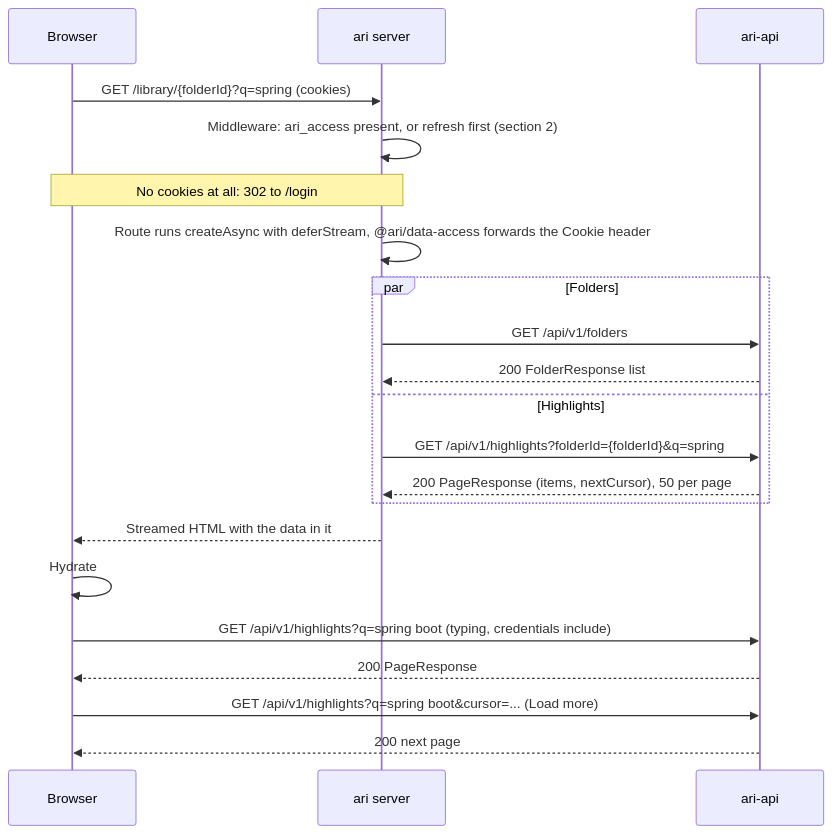
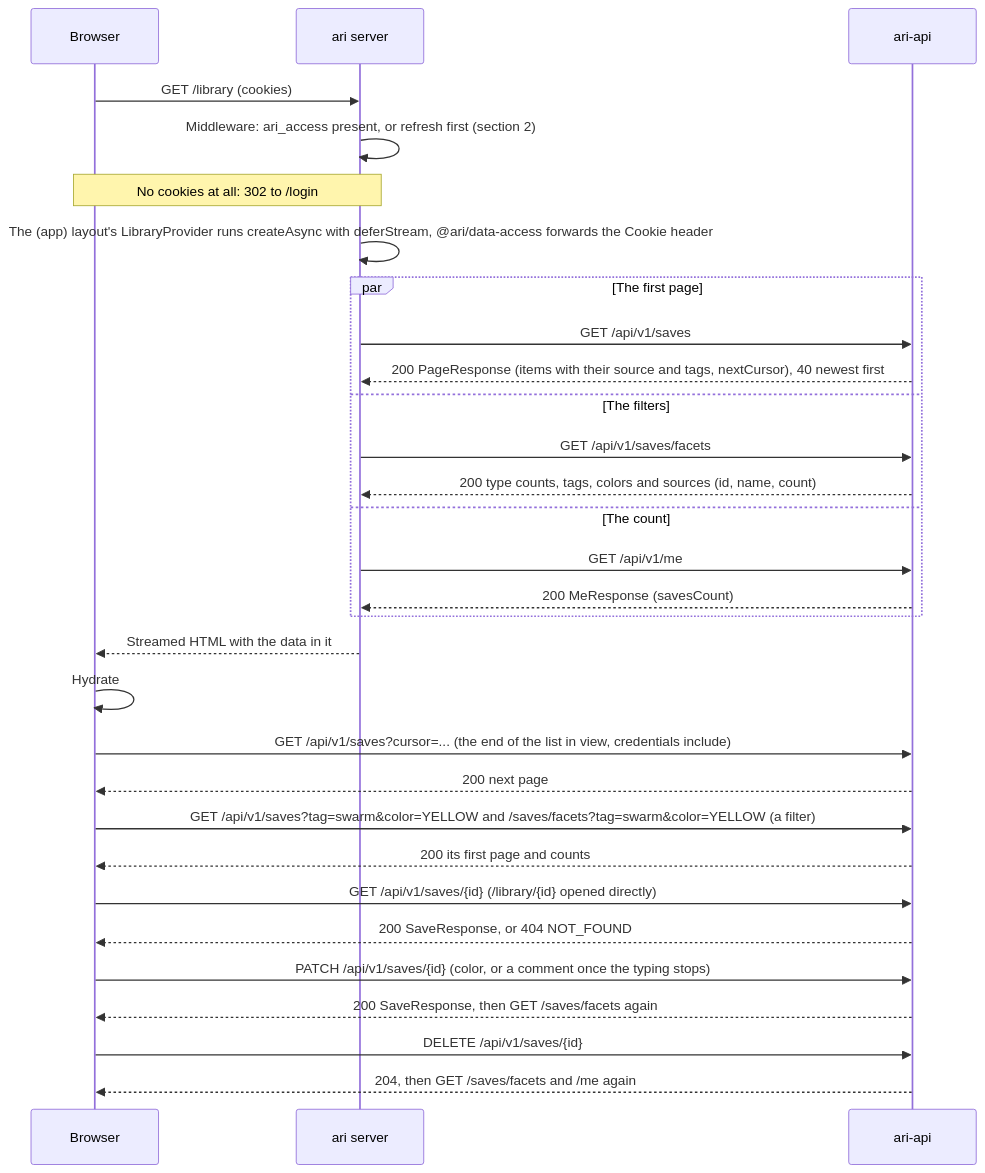
Before and after one commit to salimsalimzade/ari: the fourth of 11 diagrams in docs/sequences.md, drawn with Mermaid. The commit also changed other lines of this file and 85 other files, not shown here.

Commit message:
feature(library): implement api integration

````diff
--- a/docs/sequences.md
+++ b/docs/sequences.md
@@ -83,23 +84,32 @@
 ```mermaid
 sequenceDiagram
   participant B as Browser
   participant W as ari server
   participant A as ari-api
-  B->>W: GET /library/{folderId}?q=spring (cookies)
+  B->>W: GET /library (cookies)
   W->>W: Middleware: ari_access present, or refresh first (section 2)
   Note over B,W: No cookies at all: 302 to /login
-  W->>W: Route runs createAsync with deferStream, @ari/data-access forwards the Cookie header
-  par Folders
-    W->>A: GET /api/v1/folders
-    A-->>W: 200 FolderResponse list
-  and Highlights
-    W->>A: GET /api/v1/highlights?folderId={folderId}&q=spring
-    A-->>W: 200 PageResponse (items, nextCursor), 50 per page
+  W->>W: The (app) layout's LibraryProvider runs createAsync with deferStream, @ari/data-access forwards the Cookie header
+  par The first page
+    W->>A: GET /api/v1/saves
+    A-->>W: 200 PageResponse (items with their source and tags, nextCursor), 40 newest first
+  and The filters
+    W->>A: GET /api/v1/saves/facets
+    A-->>W: 200 type counts, tags, colors and sources (id, name, count)
+  and The count
+    W->>A: GET /api/v1/me
+    A-->>W: 200 MeResponse (savesCount)
   end
   W-->>B: Streamed HTML with the data in it
   B->>B: Hydrate
-  B->>A: GET /api/v1/highlights?q=spring boot (typing, credentials include)
-  A-->>B: 200 PageResponse
-  B->>A: GET /api/v1/highlights?q=spring boot&cursor=... (Load more)
+  B->>A: GET /api/v1/saves?cursor=... (the end of the list in view, credentials include)
   A-->>B: 200 next page
+  B->>A: GET /api/v1/saves?tag=swarm&color=YELLOW and /saves/facets?tag=swarm&color=YELLOW (a filter)
+  A-->>B: 200 its first page and counts
+  B->>A: GET /api/v1/saves/{id} (/library/{id} opened directly)
+  A-->>B: 200 SaveResponse, or 404 NOT_FOUND
+  B->>A: PATCH /api/v1/saves/{id} (color, or a comment once the typing stops)
+  A-->>B: 200 SaveResponse, then GET /saves/facets again
+  B->>A: DELETE /api/v1/saves/{id}
+  A-->>B: 204, then GET /saves/facets and /me again
 ```
````
